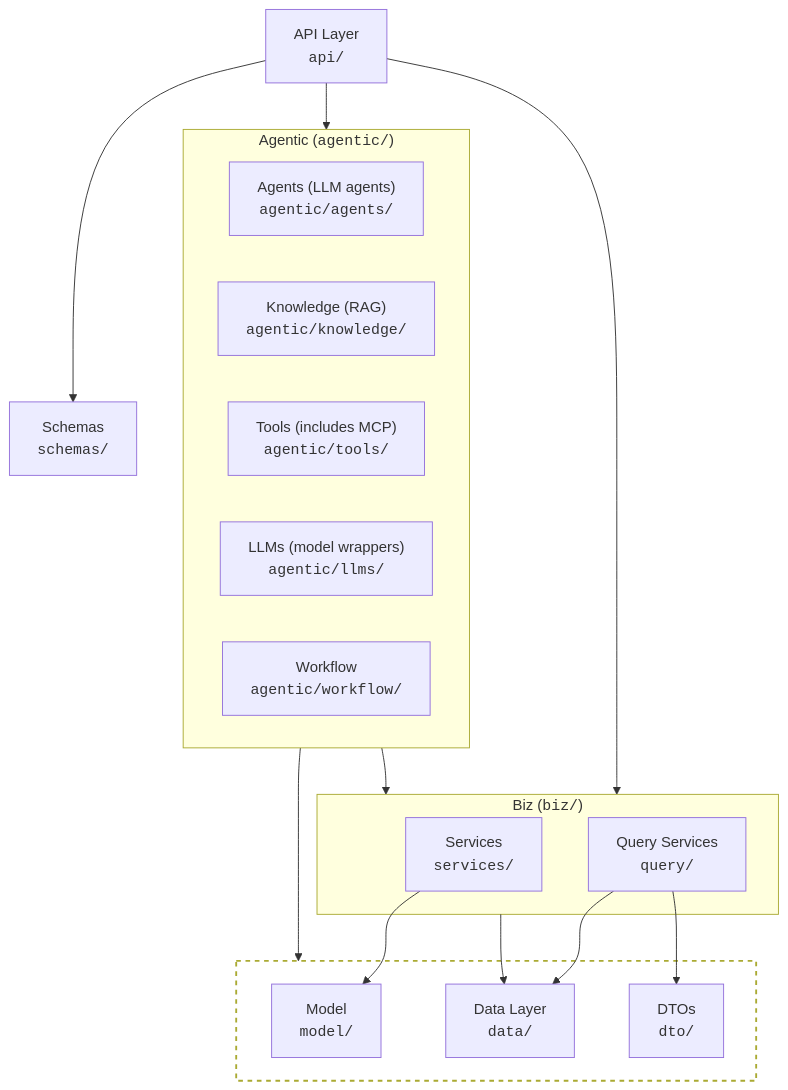
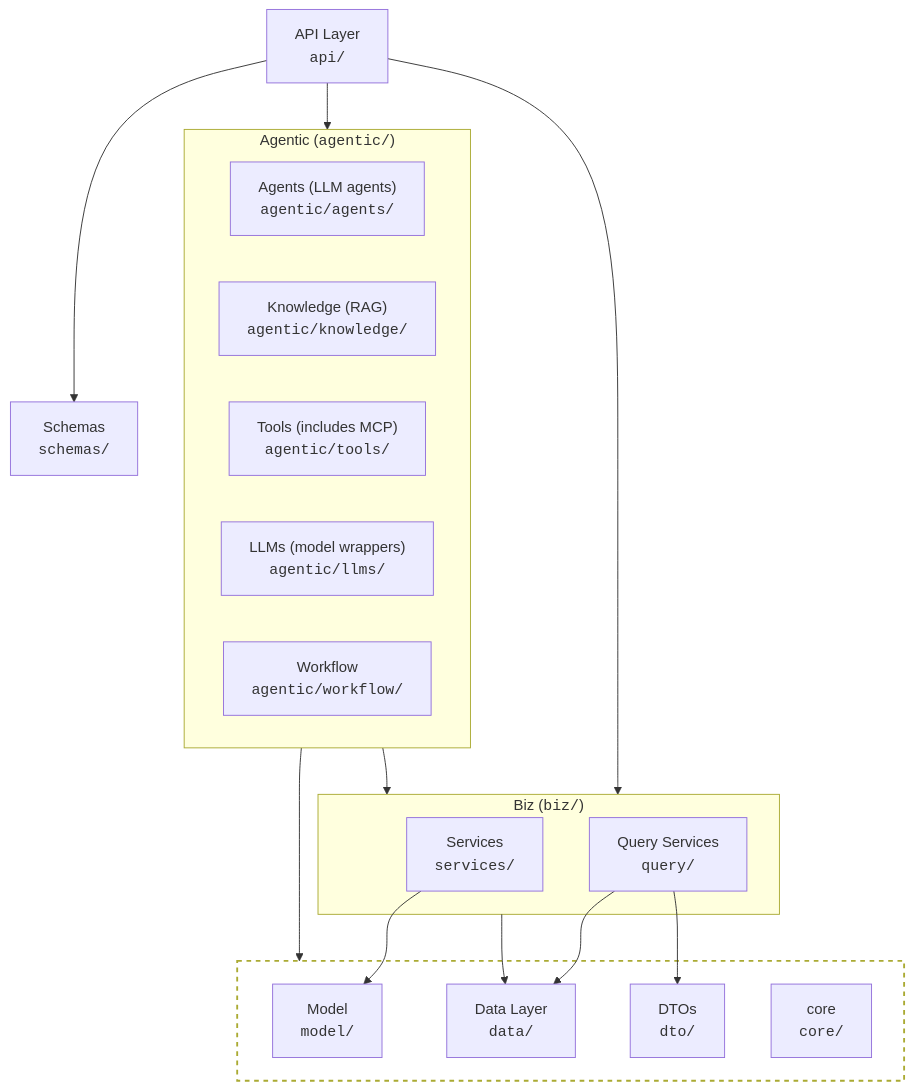
The first of 6 diagrams in Patterns/Apps/Microservices/python/BDP-FastApi-agentic.md (eSynergy-Solutions/architecture-patterns), drawn with Mermaid before and after one commit. The commit also changed other lines of this file and 1 other file, not shown here.

Commit message:
+ core code snippet

````diff
--- a/Patterns/Apps/Microservices/python/BDP-FastApi-agentic.md
+++ b/Patterns/Apps/Microservices/python/BDP-FastApi-agentic.md
@@ -11,49 +11,53 @@
 ```mermaid
 graph TD
     %% Top-level boxes
     API["API Layer<br/><code>api/</code>"]
     SCHEMAS["Schemas<br/><code>schemas/</code>"]
     subgraph BIZ["Biz (<code>biz/</code>)"]
         SERVICES["Services<br/><code>services/</code>"]
         QUERY["Query Services<br/><code>query/</code>"]
     end
     subgraph AGENTIC["Agentic (<code>agentic/</code>)"]
         AGENTS["Agents (LLM agents)<br/><code>agentic/agents/</code>"]
         KNOW["Knowledge (RAG)<br/><code>agentic/knowledge/</code>"]
         TOOLS["Tools (includes MCP)<br/><code>agentic/tools/</code>"]
         LLMS["LLMs (model wrappers)<br/><code>agentic/llms/</code>"]
         WORKFLOW["Workflow<br/><code>agentic/workflow/</code>"]
     end
 
     MODEL["Model<br/><code>model/</code>"]
     DATA["Data Layer<br/><code>data/</code>"]
     DTO["DTOs<br/><code>dto/</code>"]
 
 
 
+
     %% CORE subgraph groups SCHEMAS/DTO/MODEL/DATA; API/BIZ/AGENTIC point to the group
     subgraph VIRTUALGOUP[" "]
         DTO["DTOs<br/><code>dto/</code>"]
         MODEL["Model<br/><code>model/</code>"]
         DATA["Data Layer<br/><code>data/</code>"]
+        CORE["core<br/><code>core/</code>"]
+
     end
+
 
     %% Relationships (simplified using a CORE subgraph)
     %% Agentic relationships
     AGENTIC --> VIRTUALGOUP
     API --> SCHEMAS
     AGENTIC --> BIZ
     API --> AGENTIC
     API --> BIZ
 
  
     BIZ --> DATA
     SERVICES --> MODEL
 
     QUERY --> DATA
     QUERY --> DTO
 
     %% Style attempt: dotted border for the subgraph (renderer-dependent)
     style VIRTUALGOUP stroke-dasharray: 5 5, stroke-width: 2, fill: none
 
 ```
````
